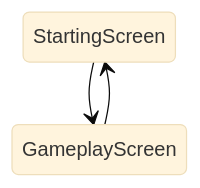
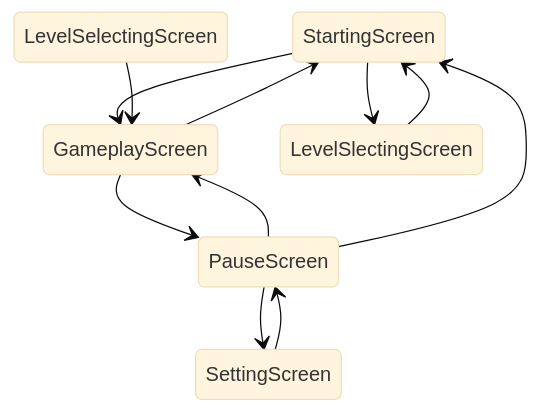
One commit to dRoycon/HS_SoftwareEngineeringProject changed the diagram in screens/README.md. Above: the diagram before and after it, drawn with Mermaid (base theme).

Commit message:
modified:   screens/README.md

````diff
--- a/screens/README.md
+++ b/screens/README.md
@@ -4,6 +4,17 @@
 ``` mermaid
 stateDiagram-v2
 
     StartingScreen --> GameplayScreen
     GameplayScreen --> StartingScreen
+
+    GameplayScreen --> PauseScreen
+    PauseScreen --> GameplayScreen
+
+    PauseScreen --> StartingScreen
+    PauseScreen --> SettingScreen
+    SettingScreen --> PauseScreen
+
+    StartingScreen --> LevelSlectingScreen
+    LevelSlectingScreen --> StartingScreen
+    LevelSelectingScreen --> GameplayScreen
 ```
````
